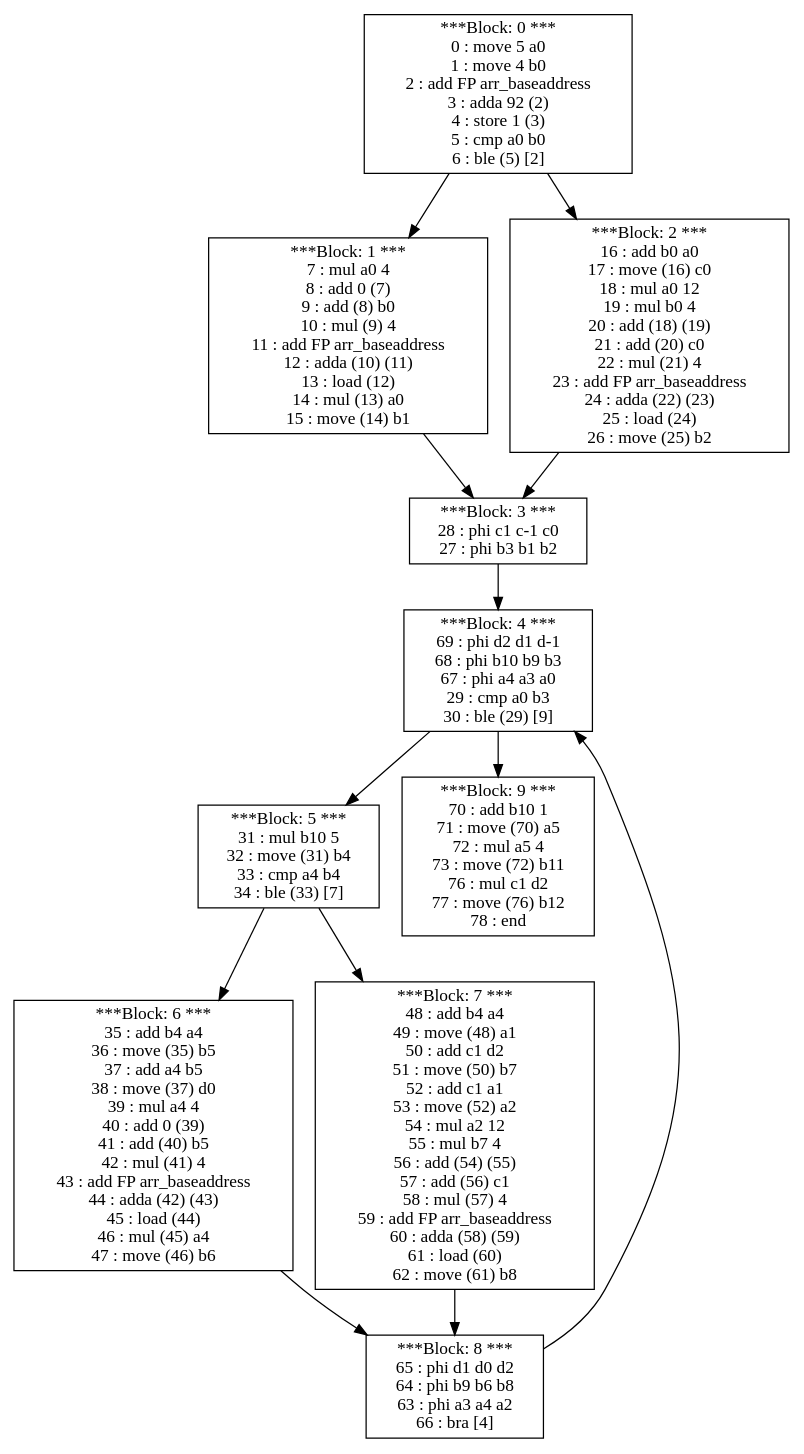
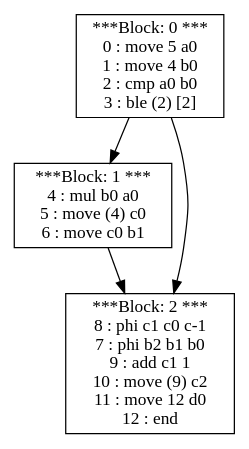
The diagram in src/Display/dotOutput1.gv (vigneshjathavara/PL241-Compiler), drawn with Graphviz before and after one commit. The commit also changed 14 other files, not shown here.

```diff
--- a/src/Display/dotOutput1.gv
+++ b/src/Display/dotOutput1.gv
@@ -1,25 +1,9 @@
 digraph structs {
-0 [shape=record,label="***Block: 0 ***\n0 : move 5 a0 \n1 : move 4 b0 \n2 : add FP arr_baseaddress \n3 : adda 92 (2) \n4 : store 1 (3) \n5 : cmp a0 b0 \n6 : ble (5) [2]\n"]
-1 [shape=record,label="***Block: 1 ***\n7 : mul a0 4 \n8 : add 0 (7) \n9 : add (8) b0 \n10 : mul (9) 4 \n11 : add FP arr_baseaddress \n12 : adda (10) (11) \n13 : load (12) \n14 : mul (13) a0 \n15 : move (14) b1 \n"]
-3 [shape=record,label="***Block: 3 ***\n28 : phi c1 c-1 c0 \n27 : phi b3 b1 b2 \n"]
-4 [shape=record,label="***Block: 4 ***\n69 : phi d2 d1 d-1 \n68 : phi b10 b9 b3 \n67 : phi a4 a3 a0 \n29 : cmp a0 b3 \n30 : ble (29) [9]\n"]
-5 [shape=record,label="***Block: 5 ***\n31 : mul b10 5 \n32 : move (31) b4 \n33 : cmp a4 b4 \n34 : ble (33) [7]\n"]
-6 [shape=record,label="***Block: 6 ***\n35 : add b4 a4 \n36 : move (35) b5 \n37 : add a4 b5 \n38 : move (37) d0 \n39 : mul a4 4 \n40 : add 0 (39) \n41 : add (40) b5 \n42 : mul (41) 4 \n43 : add FP arr_baseaddress \n44 : adda (42) (43) \n45 : load (44) \n46 : mul (45) a4 \n47 : move (46) b6 \n"]
-8 [shape=record,label="***Block: 8 ***\n65 : phi d1 d0 d2 \n64 : phi b9 b6 b8 \n63 : phi a3 a4 a2 \n66 : bra [4]\n"]
-7 [shape=record,label="***Block: 7 ***\n48 : add b4 a4 \n49 : move (48) a1 \n50 : add c1 d2 \n51 : move (50) b7 \n52 : add c1 a1 \n53 : move (52) a2 \n54 : mul a2 12 \n55 : mul b7 4 \n56 : add (54) (55) \n57 : add (56) c1 \n58 : mul (57) 4 \n59 : add FP arr_baseaddress \n60 : adda (58) (59) \n61 : load (60) \n62 : move (61) b8 \n"]
-9 [shape=record,label="***Block: 9 ***\n70 : add b10 1 \n71 : move (70) a5 \n72 : mul a5 4 \n73 : move (72) b11 \n76 : mul c1 d2 \n77 : move (76) b12 \n78 : end \n"]
-2 [shape=record,label="***Block: 2 ***\n16 : add b0 a0 \n17 : move (16) c0 \n18 : mul a0 12 \n19 : mul b0 4 \n20 : add (18) (19) \n21 : add (20) c0 \n22 : mul (21) 4 \n23 : add FP arr_baseaddress \n24 : adda (22) (23) \n25 : load (24) \n26 : move (25) b2 \n"]
+0 [shape=record,label="***Block: 0 ***\n0 : move 5 a0 \n1 : move 4 b0 \n2 : cmp a0 b0 \n3 : ble (2) [2]\n"]
+1 [shape=record,label="***Block: 1 ***\n4 : mul b0 a0 \n5 : move (4) c0 \n6 : move c0 b1 \n"]
+2 [shape=record,label="***Block: 2 ***\n8 : phi c1 c0 c-1 \n7 : phi b2 b1 b0 \n9 : add c1 1 \n10 : move (9) c2 \n11 : move 12 d0 \n12 : end \n"]
 0 -> 1;
-1 -> 3;
-3 -> 4;
-4 -> 5;
-5 -> 6;
-6 -> 8;
-8 -> 4;
-5 -> 7;
-7 -> 8;
-4 -> 9;
+1 -> 2;
 0 -> 2;
-2 -> 3;
 
 }
```
